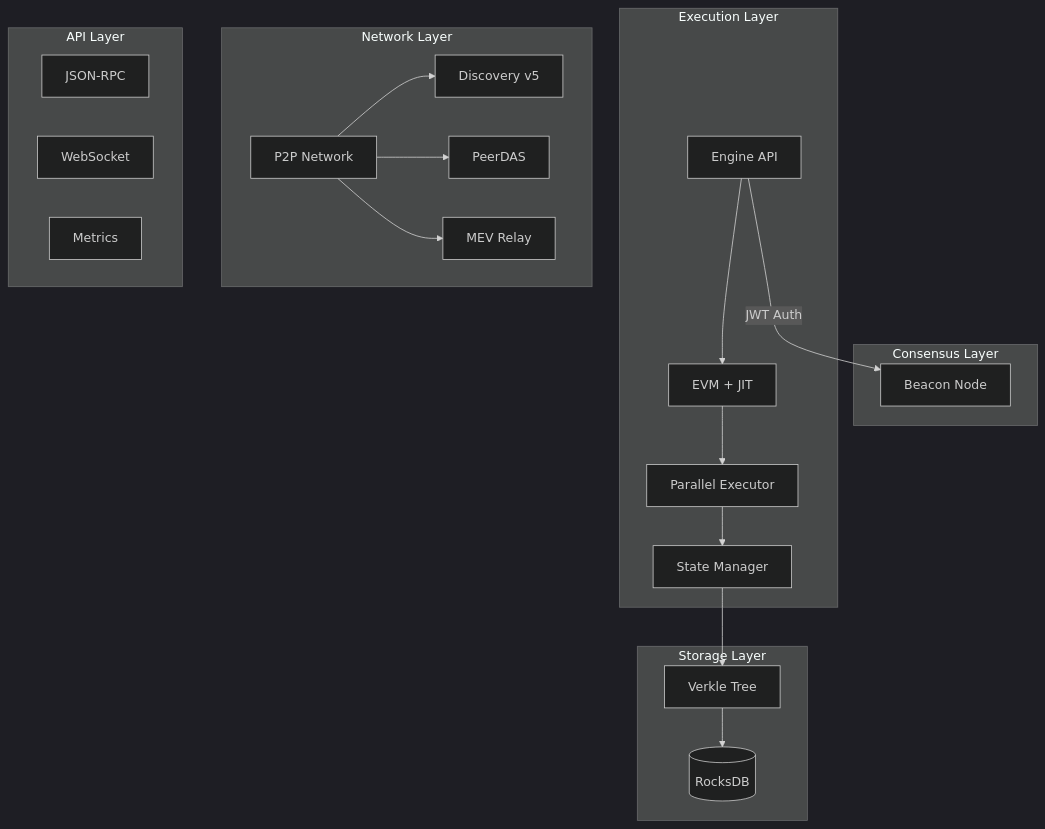
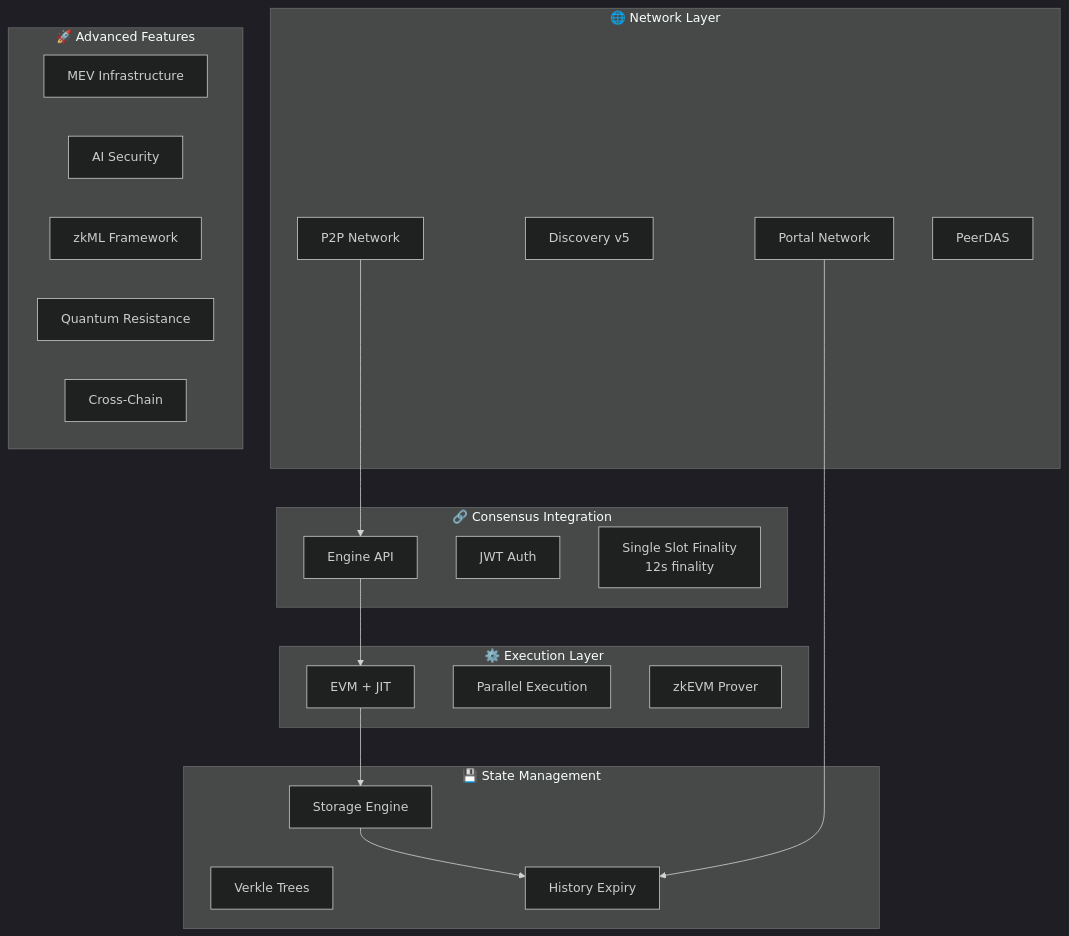
One commit to yiranlandtour/ethereum-rust changed the diagram in README.md. Above: the diagram before and after it, drawn with Mermaid (dark theme). The commit also changed other lines of this file and 48 other files, not shown here.

````diff
--- a/README.md
+++ b/README.md
@@ -51,42 +32,41 @@
 ```mermaid
 graph TB
-    subgraph "Consensus Layer"
-        CL[Beacon Node]
+    subgraph "🌐 Network Layer"
+        P2P[P2P Network]
+        Discovery[Discovery v5]
+        Portal[Portal Network]
+        DAS[PeerDAS]
     end
     
-    subgraph "Execution Layer"
-        ENGINE[Engine API]
-        EVM[EVM + JIT]
-        PARALLEL[Parallel Executor]
-        STATE[State Manager]
-        
-        ENGINE -->|JWT Auth| CL
-        ENGINE --> EVM
-        EVM --> PARALLEL
-        PARALLEL --> STATE
+    subgraph "🔗 Consensus Integration"
+        Engine[Engine API]
+        JWT[JWT Auth]
+        SSF[Single Slot Finality<br/>12s finality]
     end
     
-    subgraph "Storage Layer"
-        VERKLE[Verkle Tree]
-        DB[(RocksDB)]
-        STATE --> VERKLE
-        VERKLE --> DB
+    subgraph "⚙️ Execution Layer"
+        EVM[EVM + JIT]
+        Parallel[Parallel Execution]
+        zkEVM[zkEVM Prover]
     end
     
-    subgraph "Network Layer"
-        P2P[P2P Network]
-        DISCOVERY[Discovery v5]
-        DAS[PeerDAS]
-        MEV[MEV Relay]
-        
-        P2P --> DISCOVERY
-        P2P --> DAS
-        P2P --> MEV
+    subgraph "💾 State Management"
+        Verkle[Verkle Trees]
+        Storage[Storage Engine]
+        History[History Expiry]
     end
     
-    subgraph "API Layer"
-        RPC[JSON-RPC]
-        WS[WebSocket]
-        METRICS[Metrics]
+    subgraph "🚀 Advanced Features"
+        MEV[MEV Infrastructure]
+        AI[AI Security]
+        zkML[zkML Framework]
+        Quantum[Quantum Resistance]
+        CrossChain[Cross-Chain]
     end
+    
+    P2P --> Engine
+    Engine --> EVM
+    EVM --> Storage
+    Storage --> History
+    Portal --> History
 ```
````
